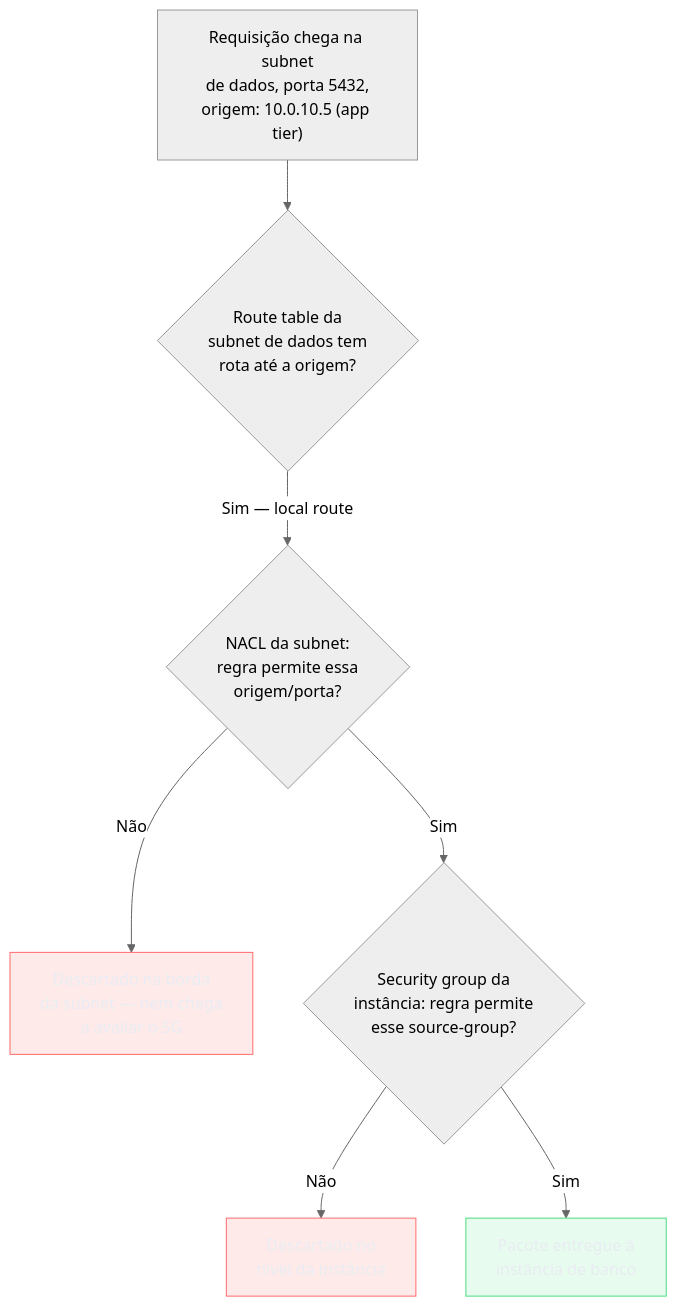
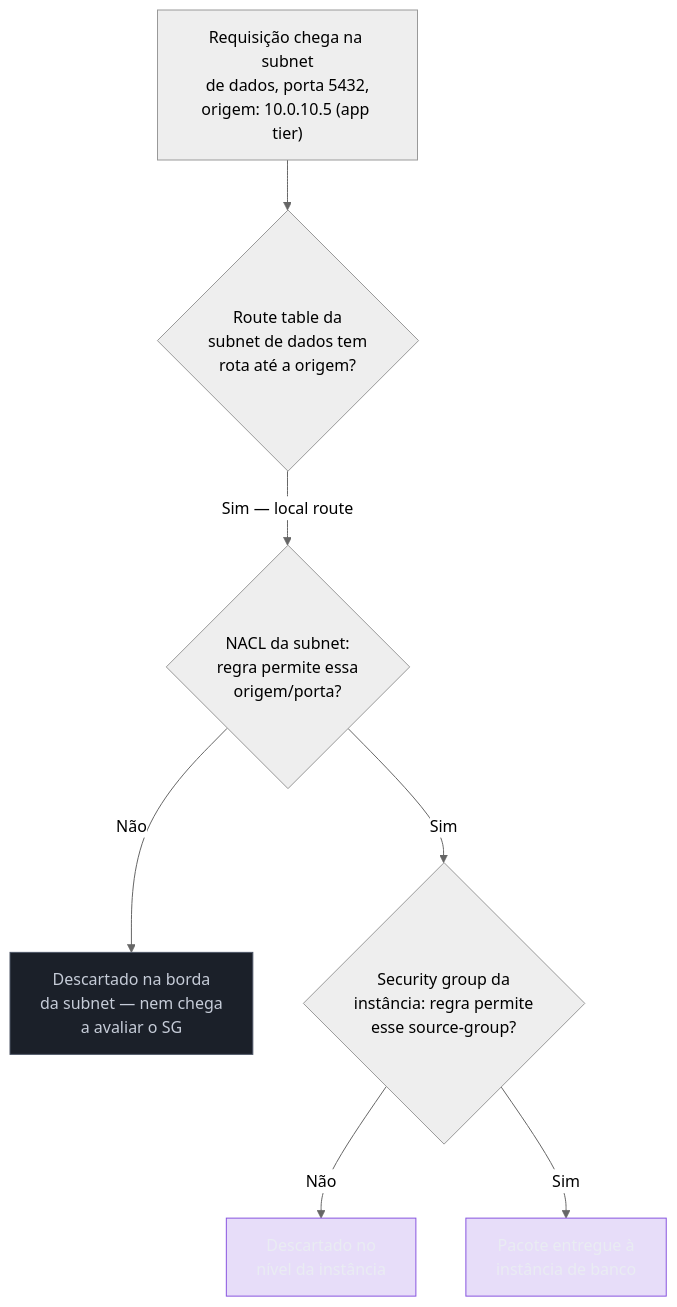
The second of 3 diagrams in 03-Dominios/Tecnologia/Cloud/07 - Rede na nuvem (VPC)/06 - Desenhando uma rede segura de ponta a ponta.md (josenaldo/codex-technomanticus), drawn with Mermaid (neutral theme) before and after one commit. The commit also changed other lines of this file and 601 other files, not shown here.

````diff
--- a/03-Dominios/Tecnologia/Cloud/07 - Rede na nuvem (VPC)/06 - Desenhando uma rede segura de ponta a ponta.md
+++ b/03-Dominios/Tecnologia/Cloud/07 - Rede na nuvem (VPC)/06 - Desenhando uma rede segura de ponta a ponta.md
@@ -238,15 +238,15 @@
 ```mermaid
 flowchart TD
-    classDef falha fill:#FF6B6B24,stroke:#FF6B6B,color:#E9ECF2
-    classDef ok fill:#4ADE8021,stroke:#4ADE80,color:#E9ECF2
+    classDef marca fill:#8855DF33,stroke:#8855DF,color:#E9ECF2
+    classDef neutro fill:#1B2029,stroke:#4E5666,color:#C6CCD8
     Req["Requisição chega na subnet<br/>de dados, porta 5432,<br/>origem: 10.0.10.5 (app tier)"] --> R1{"Route table da<br/>subnet de dados tem<br/>rota até a origem?"}
     R1 -->|"Sim — local route"| N1{"NACL da subnet:<br/>regra permite essa<br/>origem/porta?"}
     N1 -->|"Não"| Deny1["Descartado na borda<br/>da subnet — nem chega<br/>a avaliar o SG"]
     N1 -->|"Sim"| S1{"Security group da<br/>instância: regra permite<br/>esse source-group?"}
     S1 -->|"Não"| Deny2["Descartado no<br/>nível da instância"]
     S1 -->|"Sim"| Allow["Pacote entregue à<br/>instância de banco"]
 
-    class Deny1 falha
-    class Deny2 falha
-    class Allow ok
+    class Deny1 neutro
+    class Deny2 marca
+    class Allow marca
 ```
````
